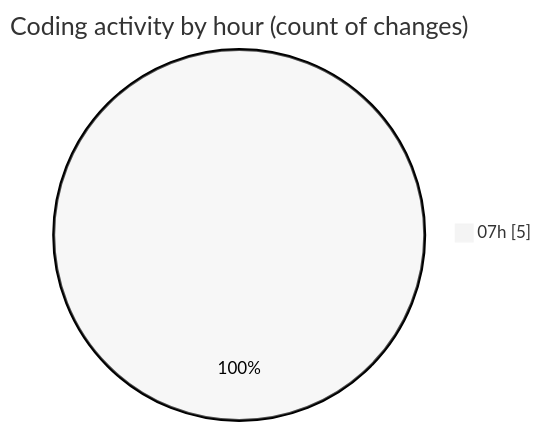
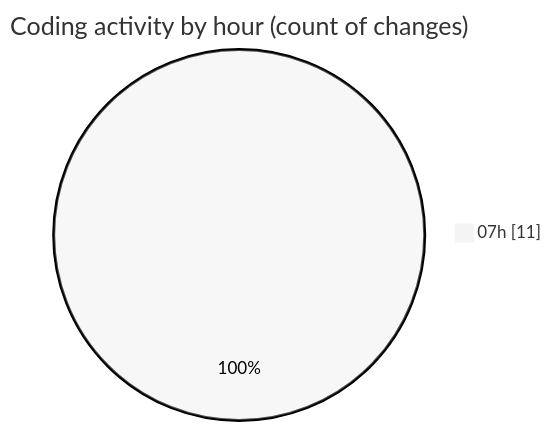
Before and after one commit to robertbonfada/code-tracking: the second of 2 diagrams in 2025-02-28/termonied-web/README.md, drawn with Mermaid (neutral theme). The commit also changed other lines of this file and 1 other file, not shown here.

````diff
--- a/2025-02-28/termonied-web/README.md
+++ b/2025-02-28/termonied-web/README.md
@@ -32,5 +34,5 @@
 ```mermaid
 pie showData
 title Coding activity by hour (count of changes)
-"07h" : 5
+"07h" : 11
 ```
````
